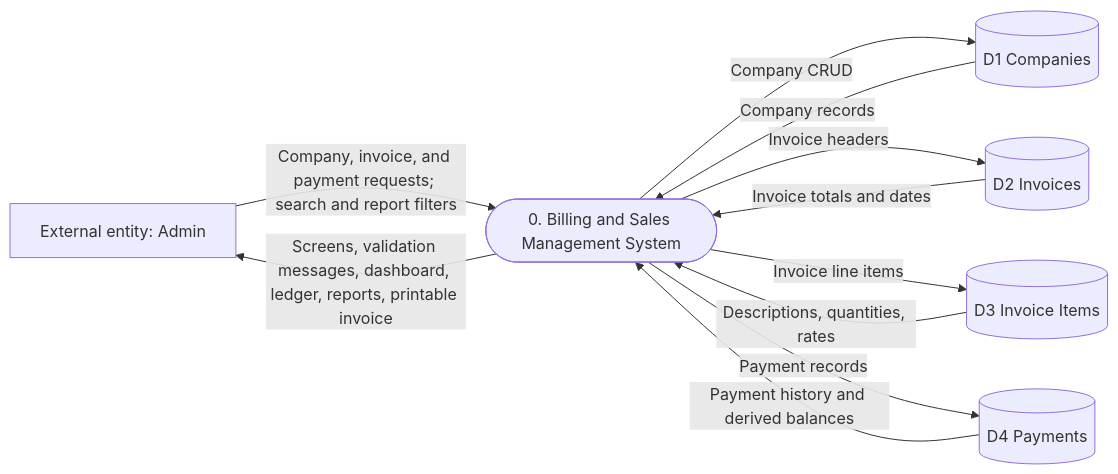
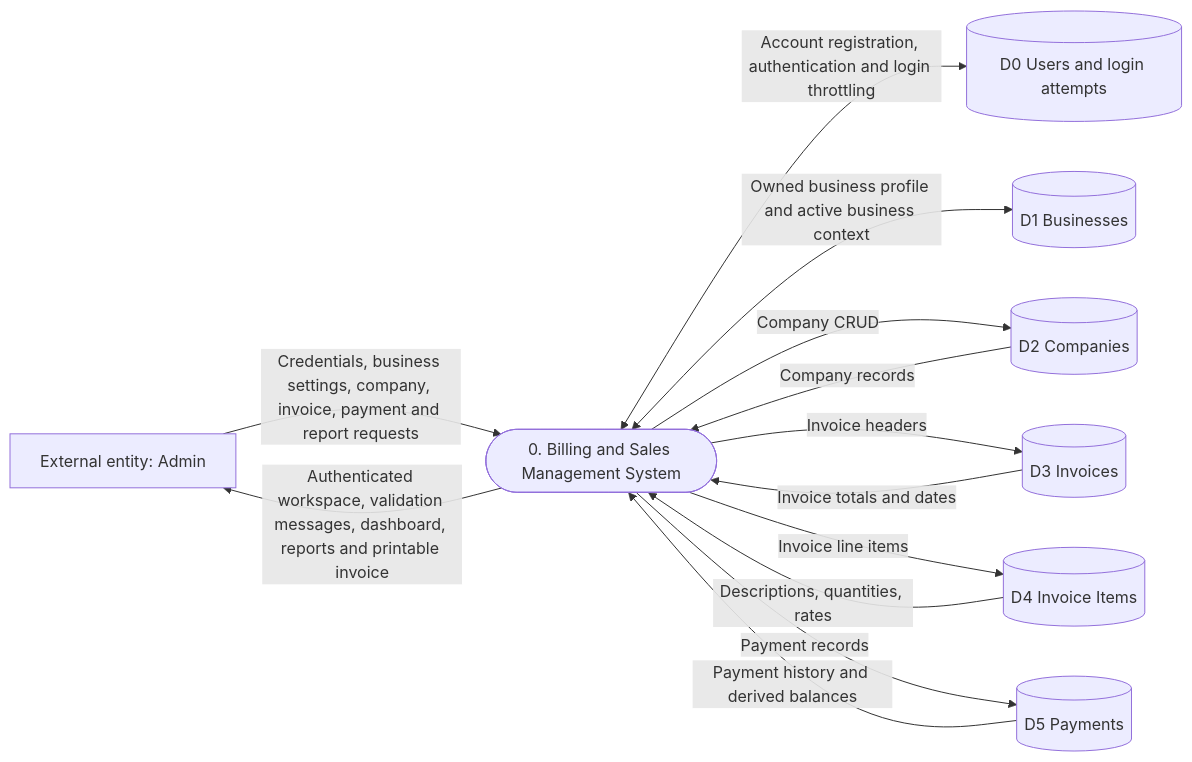
Before and after one commit to khushboobanjara2005-collab/billing-sales-system: the diagram in docs/dfd-level-0.md, drawn with Mermaid. The commit also changed other lines of this file and 54 other files, not shown here.

Commit message:
Add multi-business authentication and invoices

````diff
--- a/docs/dfd-level-0.md
+++ b/docs/dfd-level-0.md
@@ -6,20 +6,24 @@
 ```mermaid
 flowchart LR
     Admin["External entity: Admin"]
     System(["0. Billing and Sales Management System"])
-    Companies[("D1 Companies")]
-    Invoices[("D2 Invoices")]
-    Items[("D3 Invoice Items")]
-    Payments[("D4 Payments")]
+    Users[("D0 Users and login attempts")]
+    Businesses[("D1 Businesses")]
+    Companies[("D2 Companies")]
+    Invoices[("D3 Invoices")]
+    Items[("D4 Invoice Items")]
+    Payments[("D5 Payments")]
 
-    Admin -->|"Company, invoice, and payment requests; search and report filters"| System
-    System -->|"Screens, validation messages, dashboard, ledger, reports, printable invoice"| Admin
+    Admin -->|"Credentials, business settings, company, invoice, payment and report requests"| System
+    System -->|"Authenticated workspace, validation messages, dashboard, reports and printable invoice"| Admin
+    System <-->|"Account registration, authentication and login throttling"| Users
+    System <-->|"Owned business profile and active business context"| Businesses
     System -->|"Company CRUD"| Companies
     Companies -->|"Company records"| System
     System -->|"Invoice headers"| Invoices
     Invoices -->|"Invoice totals and dates"| System
     System -->|"Invoice line items"| Items
     Items -->|"Descriptions, quantities, rates"| System
     System -->|"Payment records"| Payments
     Payments -->|"Payment history and derived balances"| System
 ```
````
